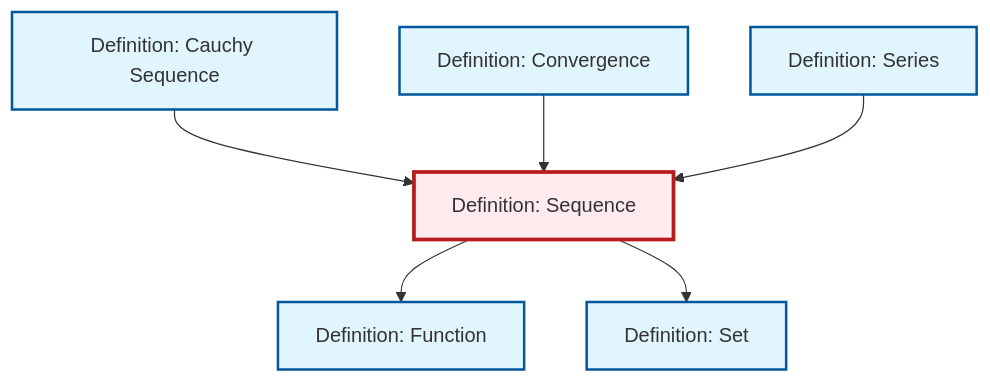
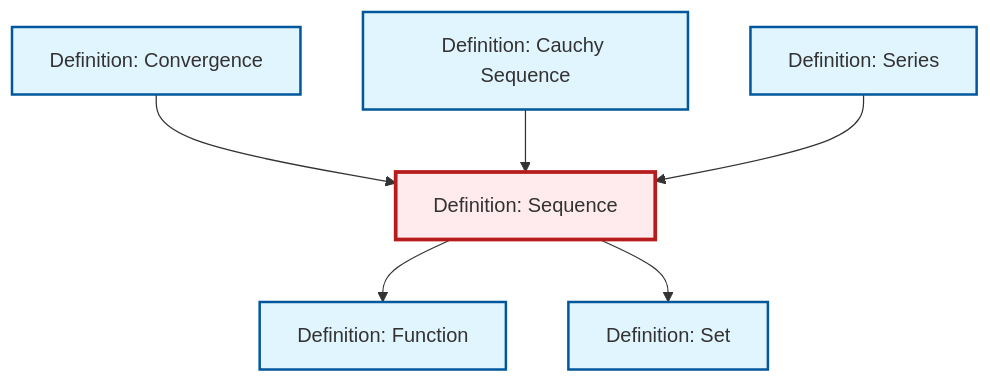
Before and after one commit to RK0429/ModernMath: the diagram in content/en/analysis/def-sequence.qmd, drawn with Mermaid. The commit also changed other lines of this file and 597 other files, not shown here.

````diff
--- a/content/en/analysis/def-sequence.qmd
+++ b/content/en/analysis/def-sequence.qmd
@@ -76,26 +76,26 @@
 ```{mermaid}
 %%| fig-cap: "Local dependency graph"
 graph TD
     classDef definition fill:#e1f5fe,stroke:#01579b,stroke-width:2px
     classDef theorem fill:#f3e5f5,stroke:#4a148c,stroke-width:2px
     classDef axiom fill:#fff3e0,stroke:#e65100,stroke-width:2px
     classDef example fill:#e8f5e9,stroke:#1b5e20,stroke-width:2px
     classDef current fill:#ffebee,stroke:#b71c1c,stroke-width:3px
+    def-series["Definition: Series"]:::definition
     def-function["Definition: Function"]:::definition
-    def-convergence["Definition: Convergence"]:::definition
-    def-series["Definition: Series"]:::definition
     def-set["Definition: Set"]:::definition
     def-cauchy-sequence["Definition: Cauchy Sequence"]:::definition
+    def-convergence["Definition: Convergence"]:::definition
     def-sequence["Definition: Sequence"]:::definition
+    def-convergence --> def-sequence
+    def-sequence --> def-function
+    def-sequence --> def-set
     def-cauchy-sequence --> def-sequence
-    def-sequence --> def-function
-    def-convergence --> def-sequence
     def-series --> def-sequence
-    def-sequence --> def-set
     class def-sequence current
+    click def-series "def-series.html" "Go to Series definition"
     click def-function "def-function.html" "Go to Function definition"
-    click def-convergence "def-convergence.html" "Go to Convergence definition"
-    click def-series "def-series.html" "Go to Series definition"
     click def-set "def-set.html" "Go to Set definition"
     click def-cauchy-sequence "def-cauchy-sequence.html" "Go to Cauchy Sequence definition"
+    click def-convergence "def-convergence.html" "Go to Convergence definition"
 ```
````
